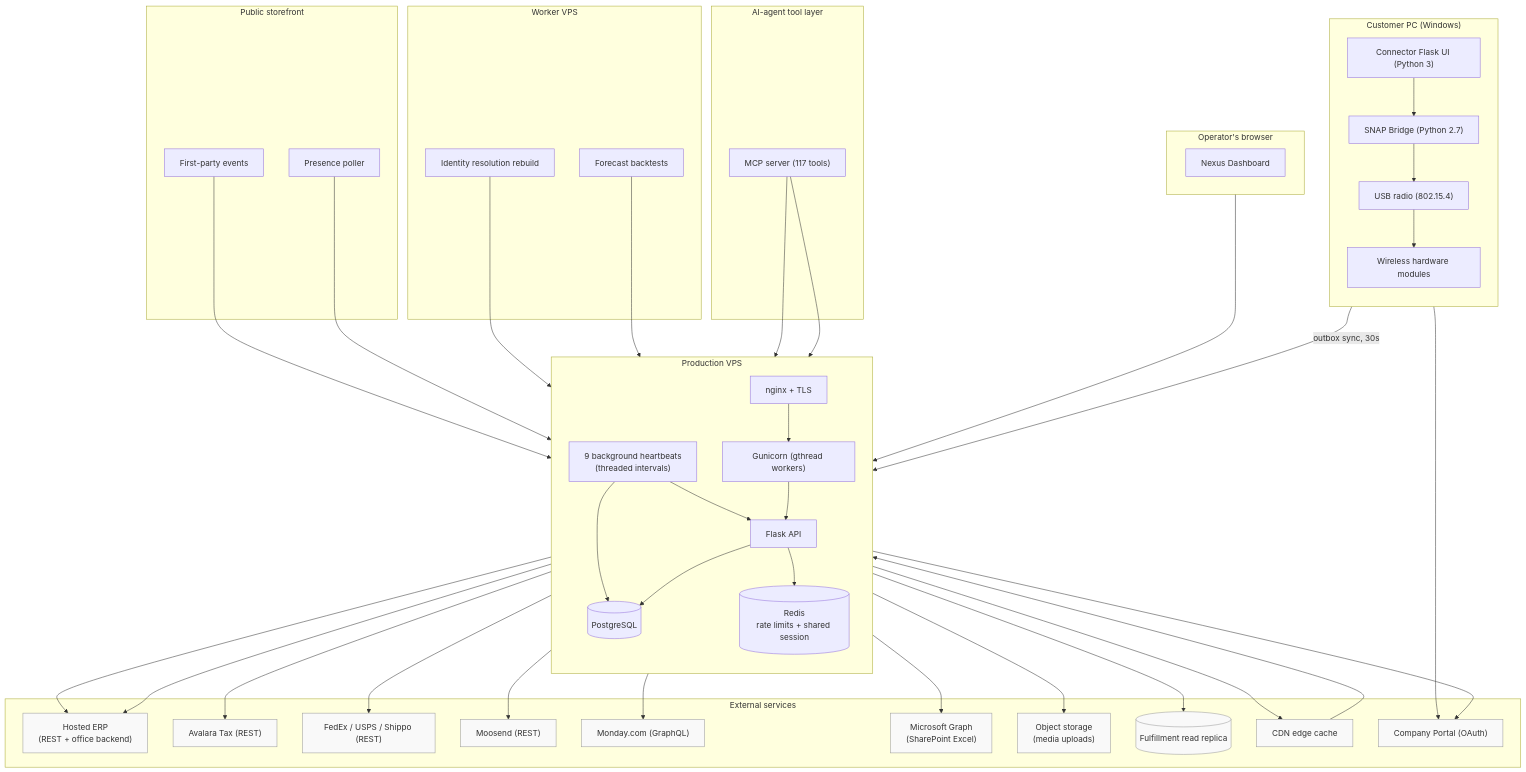
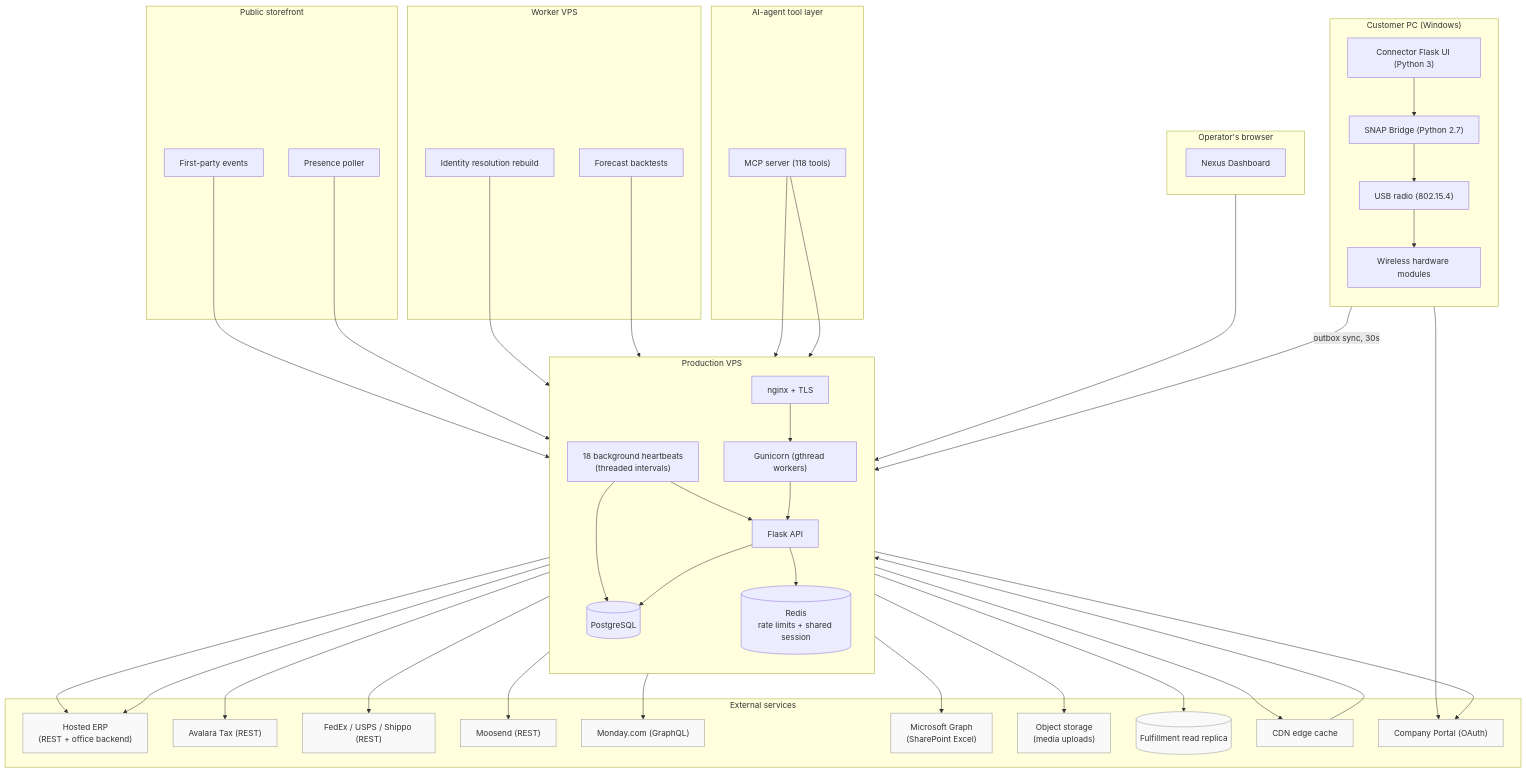
The second of 2 diagrams in nexus/architecture/ARCHITECTURE.md (ryanzegalia/portfolio), drawn with Mermaid before and after one commit. The commit also changed other lines of this file and 77 other files, not shown here.

```diff
--- a/nexus/architecture/ARCHITECTURE.md
+++ b/nexus/architecture/ARCHITECTURE.md
@@ -84,7 +84,7 @@
         Flask["Flask API"]
         Postgres[("PostgreSQL")]
         Redis[("Redis<br/>rate limits + shared session")]
-        Heartbeats["9 background heartbeats<br/>(threaded intervals)"]
+        Heartbeats["18 background heartbeats<br/>(threaded intervals)"]
 
         Nginx --> Gunicorn
         Gunicorn --> Flask
@@ -100,7 +100,7 @@
     end
 
     subgraph Agents["AI-agent tool layer"]
-        MCP["MCP server (117 tools)"]
+        MCP["MCP server (118 tools)"]
     end
 
     subgraph Storefront["Public storefront"]
```
